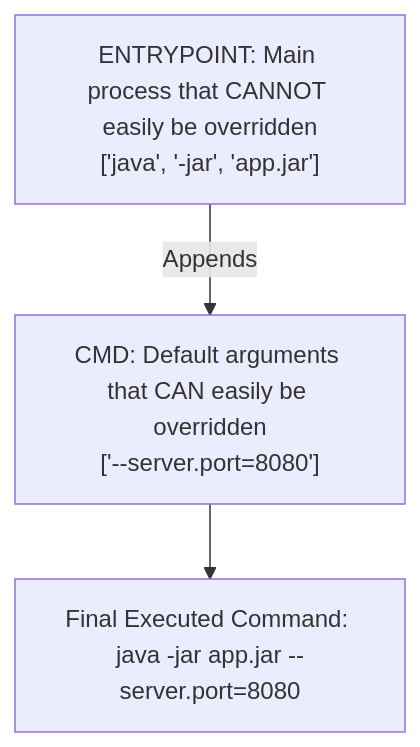
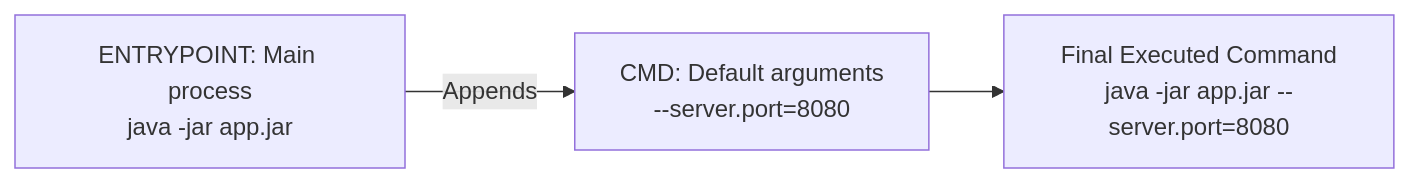
Before and after one commit to rohithgowda18/Notes: the eighth of 14 diagrams in 07-Backend-Engineering/Docker.md, drawn with Mermaid. The commit also changed other lines of this file and 15 other files, not shown here.

Commit message:
docs: audit Mermaid diagrams, optimize side-by-side layouts, and deduplicate DBMS advanced notes

````diff
--- a/07-Backend-Engineering/Docker.md
+++ b/07-Backend-Engineering/Docker.md
@@ -302,7 +306,8 @@
 ```mermaid
-flowchart TD
-    E["ENTRYPOINT: Main process that CANNOT easily be overridden\n['java', '-jar', 'app.jar']"]
-    C["CMD: Default arguments that CAN easily be overridden\n['--server.port=8080']"]
+flowchart LR
+    E["ENTRYPOINT: Main process<br/>java -jar app.jar"]
+    C["CMD: Default arguments<br/>--server.port=8080"]
+    Result["Final Executed Command<br/>java -jar app.jar --server.port=8080"]
     E -->|Appends| C
-    C --> Result["Final Executed Command: java -jar app.jar --server.port=8080"]
+    C --> Result
 ```
````
